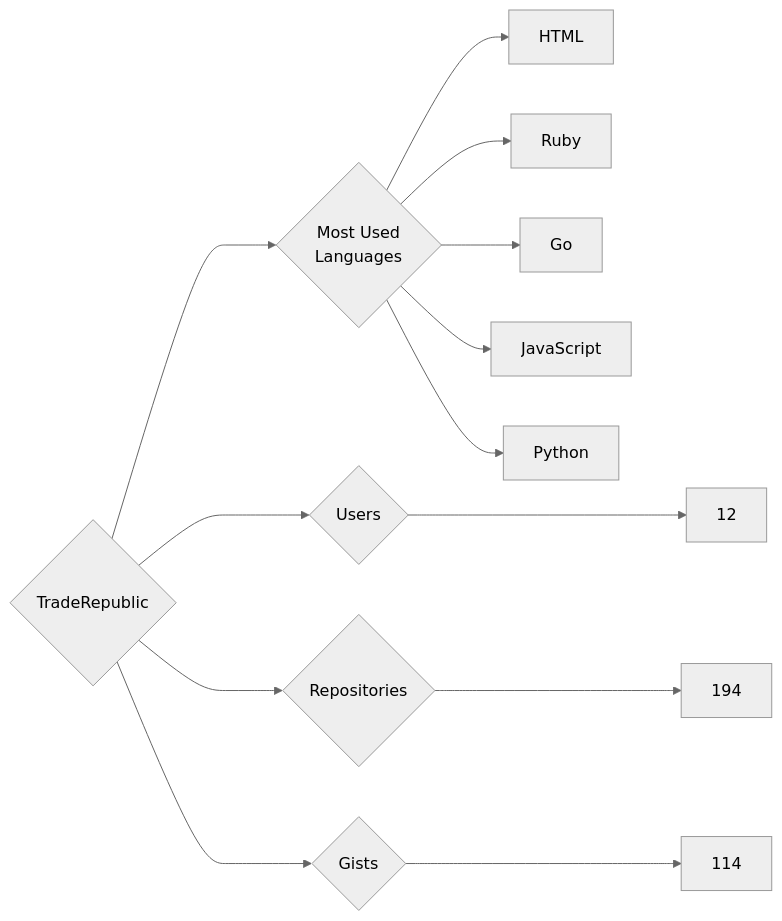
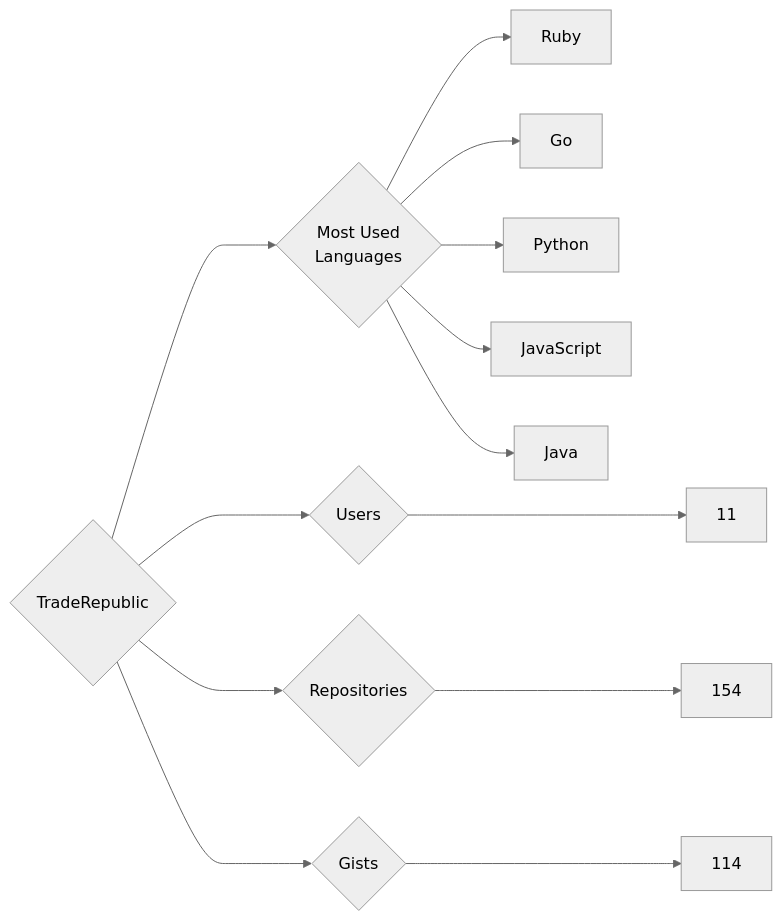
The diagram in targets/TradeRepublic/README.md (trickest/insiders), drawn with Mermaid (neutral theme) before and after one commit. The commit also changed 1479 other files, not shown here.

````diff
--- a/targets/TradeRepublic/README.md
+++ b/targets/TradeRepublic/README.md
@@ -3,13 +3,13 @@
 ```mermaid
 graph LR
 COMPANY_NAME{TradeRepublic}
-COMPANY_NAME ---> U{Users} ---> UN[12]
-COMPANY_NAME ---> R{Repositories} ---> RN[194]
+COMPANY_NAME ---> U{Users} ---> UN[11]
+COMPANY_NAME ---> R{Repositories} ---> RN[154]
 COMPANY_NAME ---> G{Gists} ---> GN[114]
 COMPANY_NAME ---> ML{Most Used<br>Languages}
-ML --> HTML[HTML]
 ML --> Ruby[Ruby]
 ML --> Go[Go]
+ML --> Python[Python]
 ML --> JavaScript[JavaScript]
-ML --> Python[Python]
+ML --> Java[Java]
 ```
````
